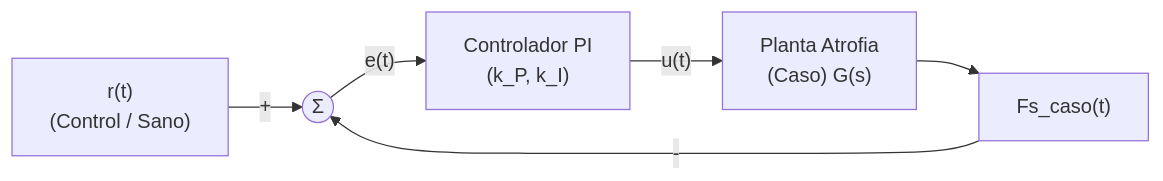
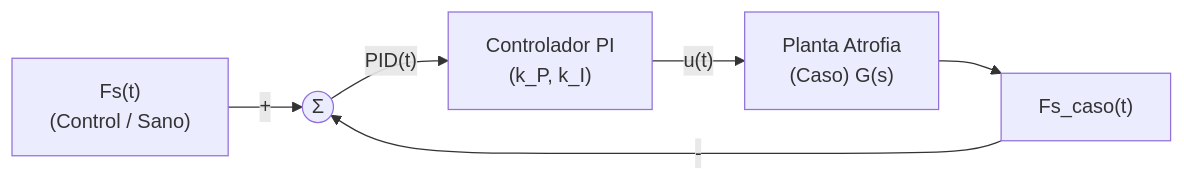
Before and after one commit to EmiCrack132/MSFP3: the first of 2 diagrams in README.md, drawn with Mermaid.

````diff
--- a/README.md
+++ b/README.md
@@ -229,8 +229,8 @@
 ```mermaid
 flowchart LR
-    R["r(t)<br/>(Control / Sano)"] -->|"+"| SUM(("Σ"))
-    SUM -->|"e(t)"| PI["Controlador PI<br/>(k_P, k_I)"]
+    R["Fs(t)<br/>(Control / Sano)"] -->|"+"| SUM(("Σ"))
+    SUM -->|"PID(t)"| PI["Controlador PI<br/>(k_P, k_I)"]
     PI -->|"u(t)"| CASE["Planta Atrofia<br/>(Caso) G(s)"]
     CASE --> OUTPUT["Fs_caso(t)"]
     OUTPUT -->|" - "| SUM
 ```
````
